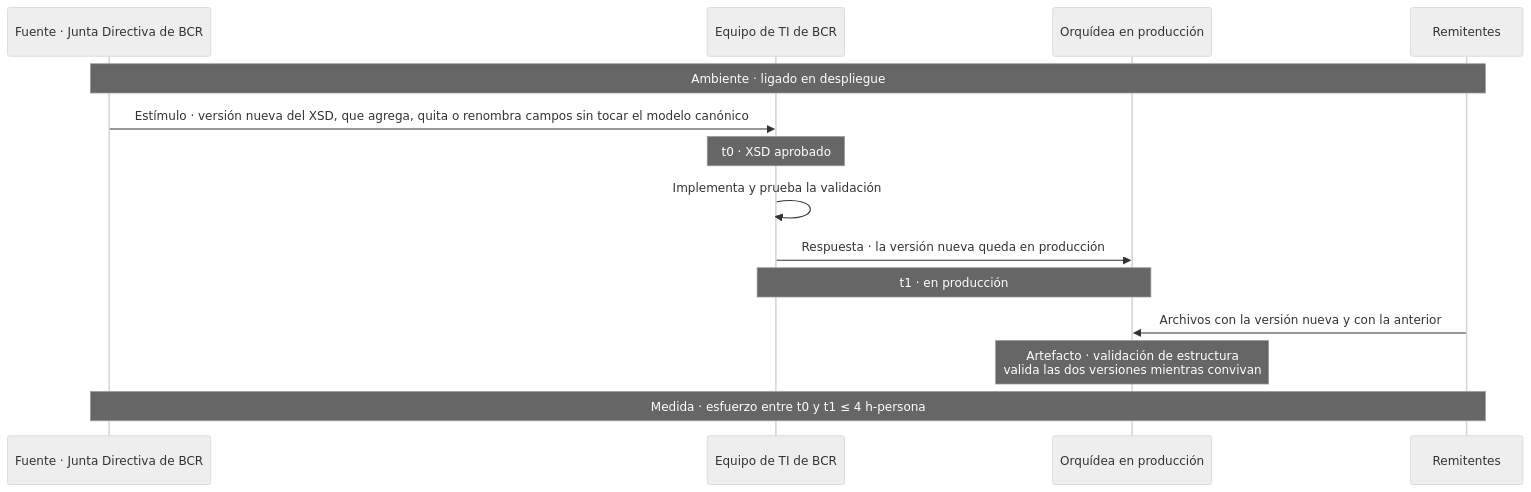
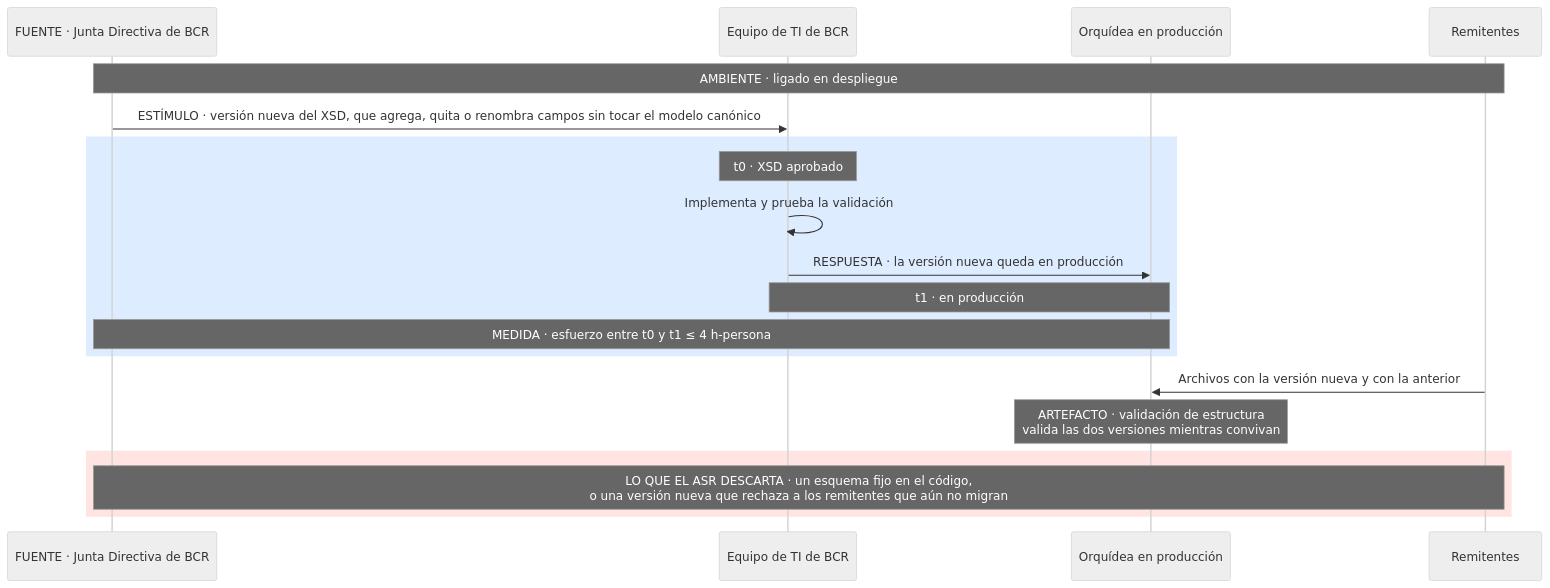
Before and after one commit to MATI-MBIT/arqsoft-reto-4: diagram 15 of 17 in docs/quality-attributes.md, drawn with Mermaid (neutral theme). The commit also changed other lines of this file, not shown here.

Commit message:
Rediseña los diagramas de los ASR: banda de lo medido y banda de lo que el ASR descarta

````diff
--- a/docs/quality-attributes.md
+++ b/docs/quality-attributes.md
@@ -569,16 +647,21 @@
 ```mermaid
 sequenceDiagram
-    participant J as Fuente · Junta Directiva de BCR
+    participant J as FUENTE · Junta Directiva de BCR
     participant T as Equipo de TI de BCR
     participant O as Orquídea en producción
     participant R as Remitentes
-    Note over J,R: Ambiente · ligado en despliegue
-    J->>T: Estímulo · versión nueva del XSD, que agrega, quita o renombra campos sin tocar el modelo canónico
+    Note over J,R: AMBIENTE · ligado en despliegue
+    J->>T: ESTÍMULO · versión nueva del XSD, que agrega, quita o renombra campos sin tocar el modelo canónico
+    rect rgb(222, 236, 255)
     Note over T: t0 · XSD aprobado
     T->>T: Implementa y prueba la validación
-    T->>O: Respuesta · la versión nueva queda en producción
+    T->>O: RESPUESTA · la versión nueva queda en producción
     Note over T,O: t1 · en producción
+    Note over J,O: MEDIDA · esfuerzo entre t0 y t1 ≤ 4 h-persona
+    end
     R->>O: Archivos con la versión nueva y con la anterior
-    Note over O: Artefacto · validación de estructura<br/>valida las dos versiones mientras convivan
-    Note over J,R: Medida · esfuerzo entre t0 y t1 ≤ 4 h-persona
+    Note over O: ARTEFACTO · validación de estructura<br/>valida las dos versiones mientras convivan
+    rect rgb(255, 228, 225)
+    Note over J,R: LO QUE EL ASR DESCARTA · un esquema fijo en el código,<br/>o una versión nueva que rechaza a los remitentes que aún no migran
+    end
 ```
````
